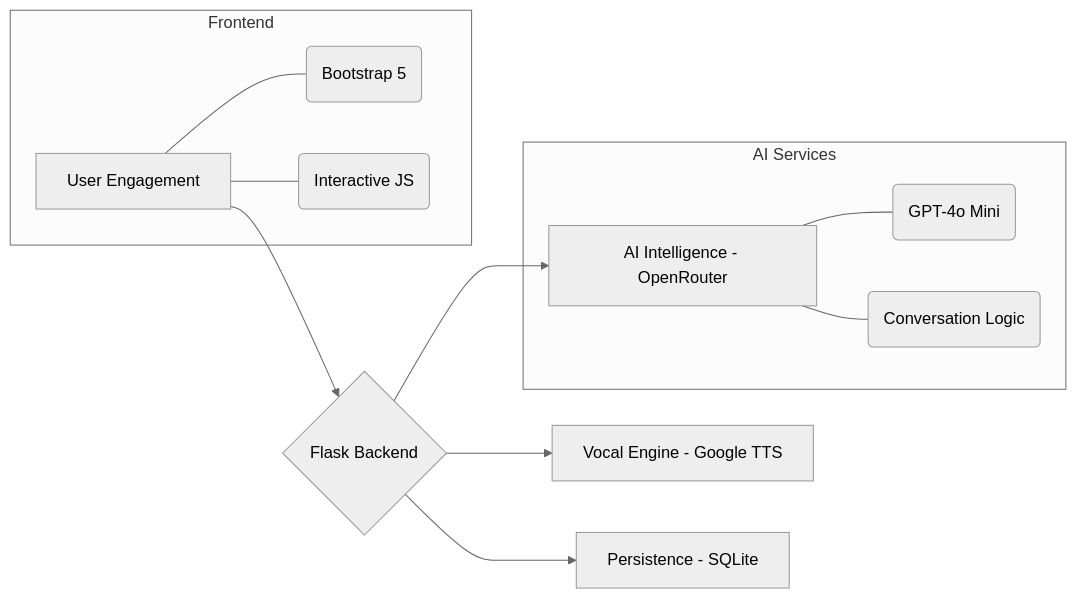
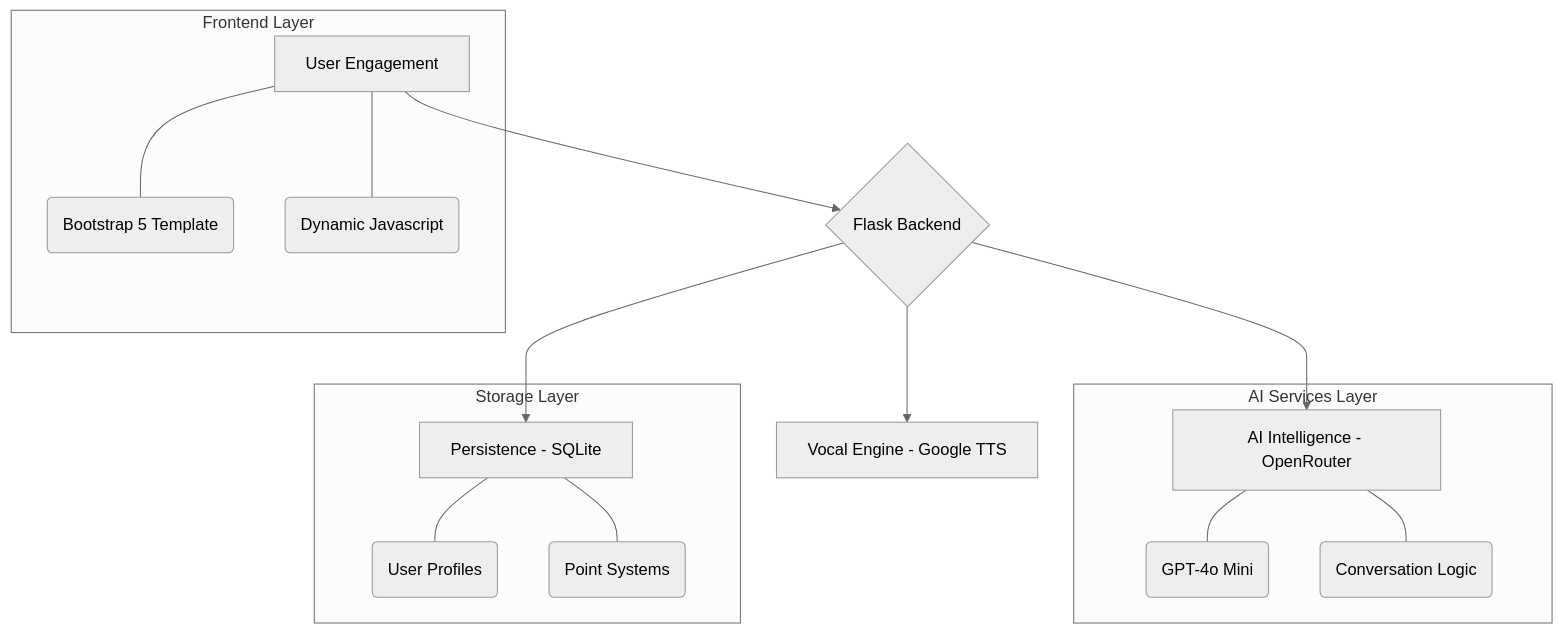
One commit to izwanGit/LaoshiYu-Chatbot- changed the diagram in README.md. Above: the diagram before and after it, drawn with Mermaid (neutral theme). The commit also changed other lines of this file, not shown here.

Commit message:
Documentation: Massive README overhaul with detailed features, tech stack, and future roadmap

````diff
--- a/README.md
+++ b/README.md
@@ -36,17 +72,22 @@
 ```mermaid
-graph LR
+graph TD
     A[User Engagement] --> B{Flask Backend}
     B --> C[AI Intelligence - OpenRouter]
     B --> D[Vocal Engine - Google TTS]
     B --> E[Persistence - SQLite]
     
-    subgraph "AI Services"
+    subgraph "AI Services Layer"
     C --- C1(GPT-4o Mini)
     C --- C2(Conversation Logic)
     end
     
-    subgraph "Frontend"
-    A --- A1(Bootstrap 5)
-    A --- A2(Interactive JS)
+    subgraph "Frontend Layer"
+    A --- A1(Bootstrap 5 Template)
+    A --- A2(Dynamic Javascript)
+    end
+    
+    subgraph "Storage Layer"
+    E --- E1(User Profiles)
+    E --- E2(Point Systems)
     end
 ```
````
